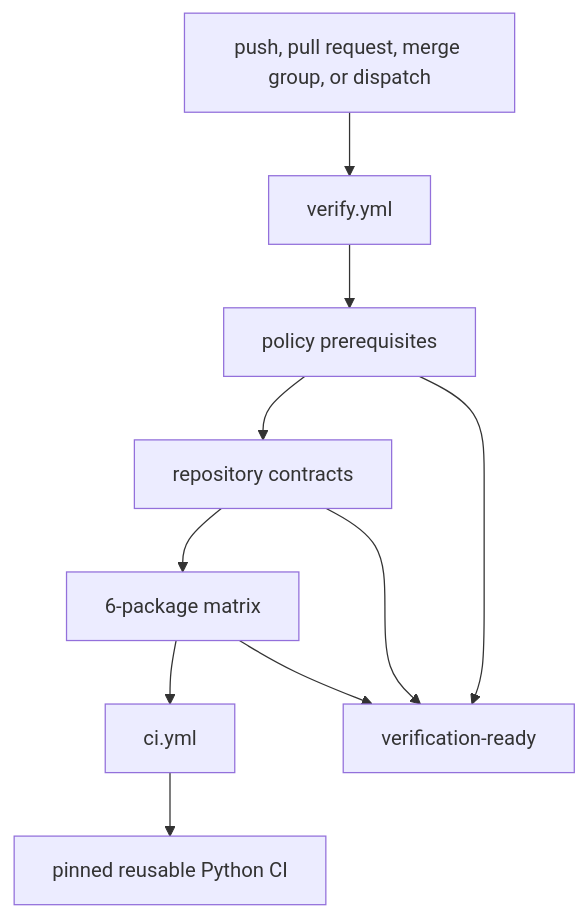
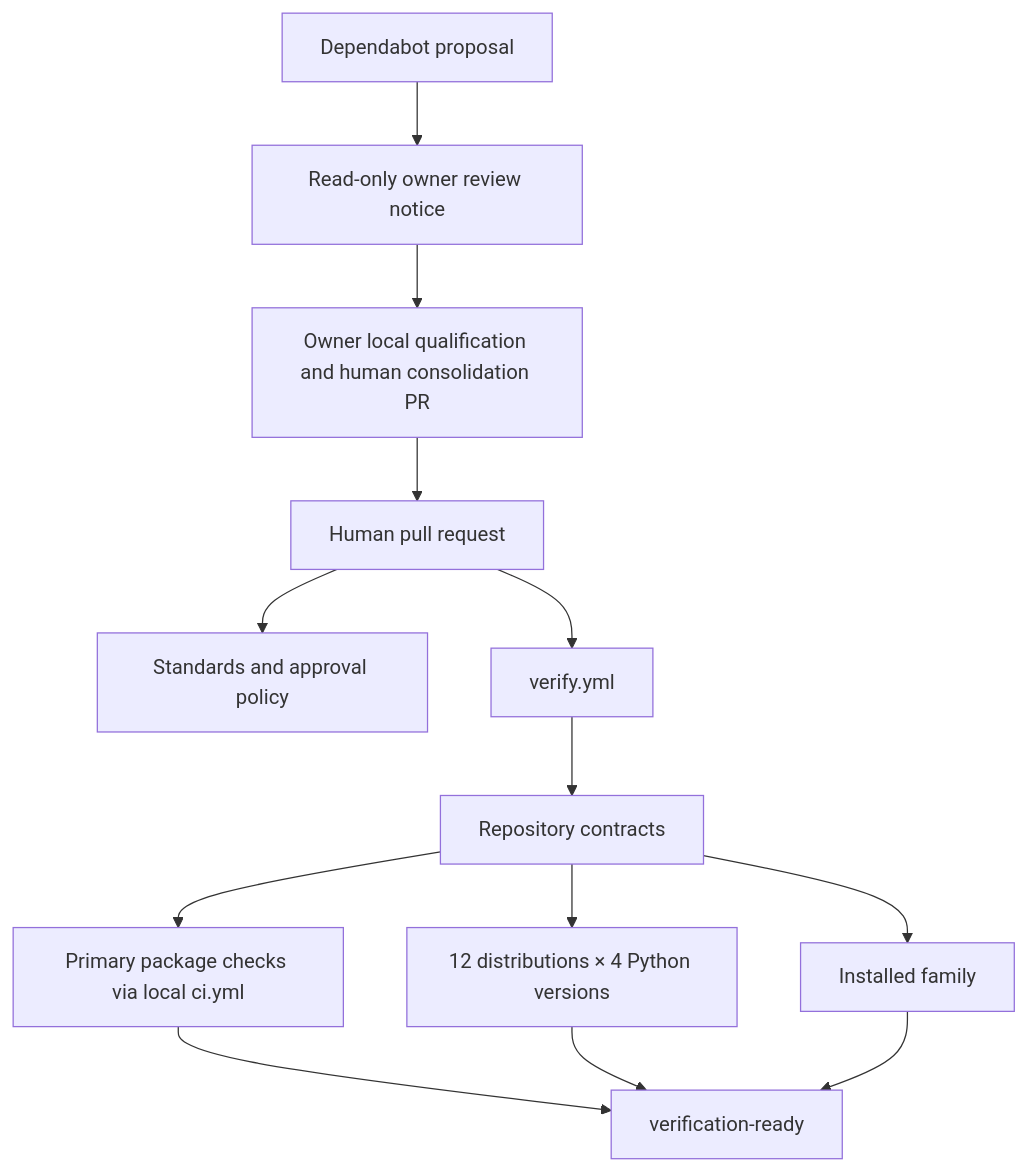
One commit to bijux/bijux-canon changed the diagram in docs/07-bijux-canon-maintain/gh-workflows/index.md. Above: the diagram before and after it, drawn with Mermaid. The commit also changed other lines of this file and 5 other files, not shown here.

Commit message:
test(ci): enforce owner-qualified dependency and publication contracts

````diff
--- a/docs/07-bijux-canon-maintain/gh-workflows/index.md
+++ b/docs/07-bijux-canon-maintain/gh-workflows/index.md
@@ -19,16 +17,15 @@
 ```mermaid
 flowchart TD
-    event["push, pull request, merge group, or dispatch"]
-    verify["verify.yml"]
-    policy["policy prerequisites"]
-    repository["repository contracts"]
-    matrix["6-package matrix"]
-    ci["ci.yml"]
-    upstream["pinned reusable Python CI"]
-    ready["verification-ready"]
-
-    event --> verify --> policy --> repository --> matrix --> ci --> upstream
-    policy --> ready
-    repository --> ready
-    matrix --> ready
+    human["Human pull request"] --> policy["Standards and approval policy"]
+    human --> verify["verify.yml"]
+    verify --> repository["Repository contracts"]
+    repository --> packages["Primary package checks via local ci.yml"]
+    repository --> interpreters["12 distributions × 4 Python versions"]
+    repository --> family["Installed family"]
+    packages --> ready["verification-ready"]
+    interpreters --> ready
+    family --> ready
+    bot["Dependabot proposal"] --> notice["Read-only owner review notice"]
+    notice --> owner["Owner local qualification and human consolidation PR"]
+    owner --> human
 ```
````
